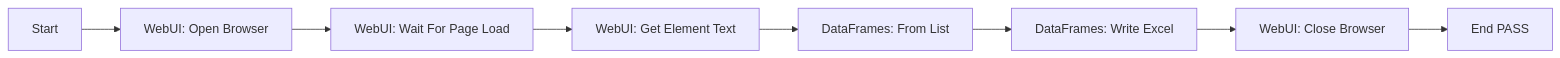
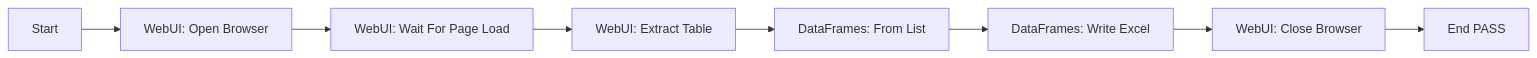
Before and after one commit to chelslava/rpaforge: the diagram in examples/web-scraper-to-excel/README.md, drawn with Mermaid. The commit also changed other lines of this file and 13 other files, not shown here.

First line of the commit message:
feat(libraries): Add WebUI Extract Table activity and make web-scraper example executable (fixes #751)

````diff
--- a/examples/web-scraper-to-excel/README.md
+++ b/examples/web-scraper-to-excel/README.md
@@ -9,10 +9,10 @@
 ```mermaid
 flowchart LR
     A[Start] --> B[WebUI: Open Browser]
     B --> C[WebUI: Wait For Page Load]
-    C --> D[WebUI: Get Element Text]
+    C --> D[WebUI: Extract Table]
     D --> E[DataFrames: From List]
     E --> F[DataFrames: Write Excel]
     F --> G[WebUI: Close Browser]
     G --> H[End PASS]
 ```
````
